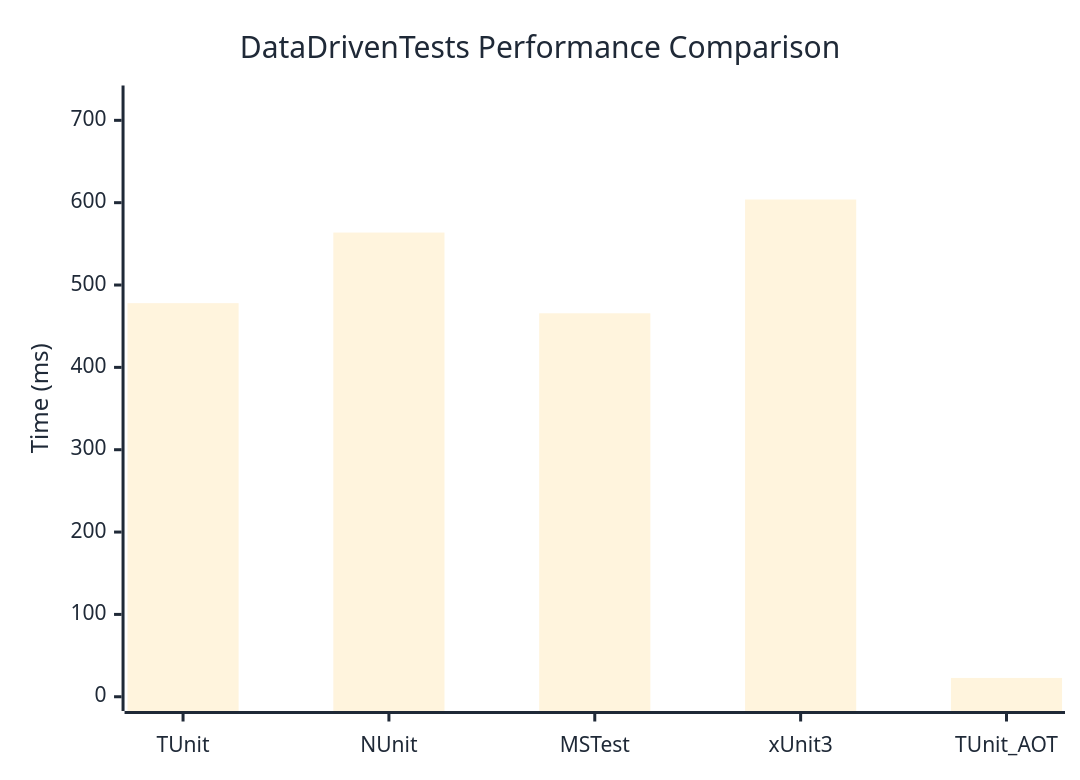
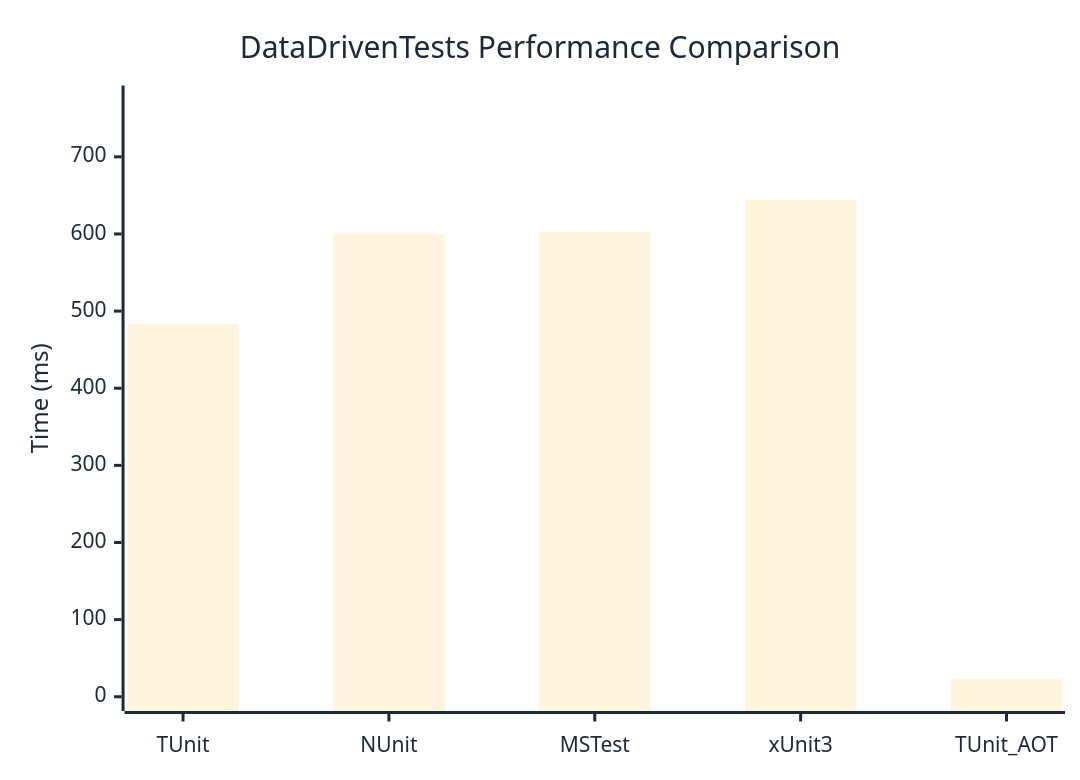
One commit to thomhurst/TUnit changed the diagram in docs/docs/benchmarks/DataDrivenTests.md. Above: the diagram before and after it, drawn with Mermaid. The commit also changed other lines of this file and 17 other files, not shown here.

````diff
--- a/docs/docs/benchmarks/DataDrivenTests.md
+++ b/docs/docs/benchmarks/DataDrivenTests.md
@@ -27,37 +27,37 @@
 ```mermaid
 %%{init: {
   'theme':'base',
   'themeVariables': {
     'primaryColor': '#2563eb',
     'primaryTextColor': '#1f2937',
     'primaryBorderColor': '#1e40af',
     'lineColor': '#6b7280',
     'secondaryColor': '#7c3aed',
     'tertiaryColor': '#dc2626',
     'background': '#ffffff',
     'mainBkg': '#2563eb',
     'secondBkg': '#7c3aed',
     'tertiaryBkg': '#dc2626',
     'clusterBkg': '#f3f4f6',
     'edgeLabelBackground': '#ffffff',
     'tertiaryTextColor': '#1f2937',
     'pie1': '#2563eb',
     'pie2': '#7c3aed',
     'pie3': '#dc2626',
     'pie4': '#f59e0b',
     'pie5': '#10b981',
     'pie6': '#06b6d4',
     'pie7': '#ec4899',
     'pie8': '#6366f1',
     'pie9': '#84cc16',
     'pie10': '#f97316',
     'pie11': '#14b8a6',
     'pie12': '#a855f7'
   }
 }}%%
 xychart-beta
   title "DataDrivenTests Performance Comparison"
   x-axis ["TUnit", "NUnit", "MSTest", "xUnit3", "TUnit_AOT"]
-  y-axis "Time (ms)" 0 --> 725
-  bar [477.98, 563.73, 465.68, 603.86, 22.84]
+  y-axis "Time (ms)" 0 --> 774
+  bar [483.01, 600.82, 602.58, 644.22, 23.11]
 ```
````
